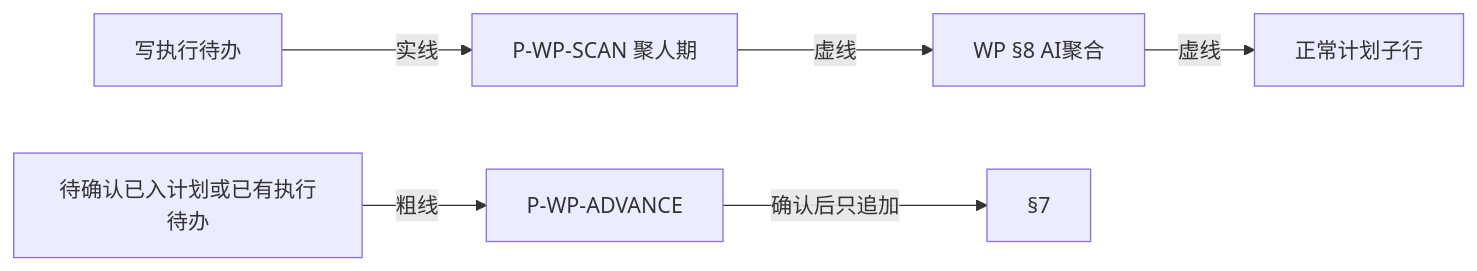
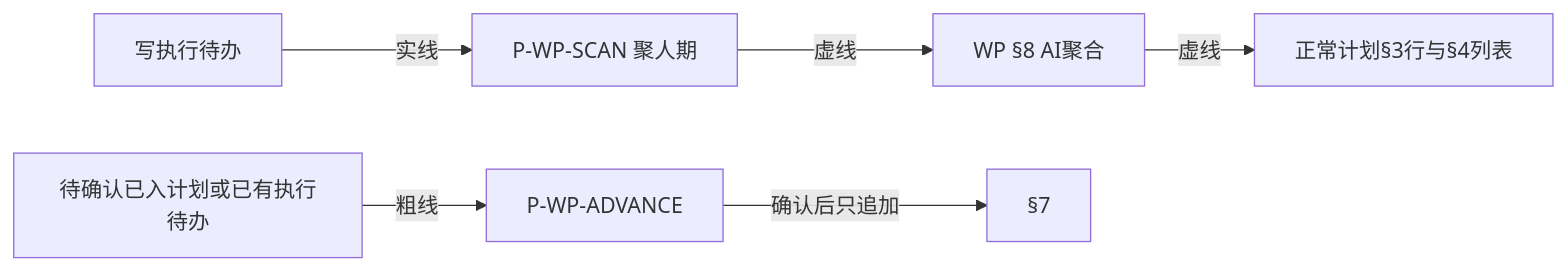
One commit to qiusuo0226/chrono-pm-skill changed diagram 20 of 22 in ChronoPM-Project/SKILL_MODULE_MAP.md. Above: the diagram before and after it, drawn with Mermaid. The commit also changed other lines of this file and 13 other files, not shown here.

Commit message:
3.14.0 节点7：版本锁步3.14.0与schema 0.15.0

````diff
--- a/ChronoPM-Project/SKILL_MODULE_MAP.md
+++ b/ChronoPM-Project/SKILL_MODULE_MAP.md
@@ -226,8 +226,8 @@
 ```mermaid
 flowchart LR
   TD[写执行待办] -->|实线| SCAN[P-WP-SCAN 聚人期]
   SCAN -->|虚线| S8[WP §8 AI聚合]
-  S8 -->|虚线| S3[正常计划子行]
+  S8 -->|虚线| S3[正常计划§3行与§4列表]
   PEND[待确认已入计划或已有执行待办] -->|粗线| ADV[P-WP-ADVANCE]
   ADV -->|确认后只追加| H7[§7]
 ```
````
